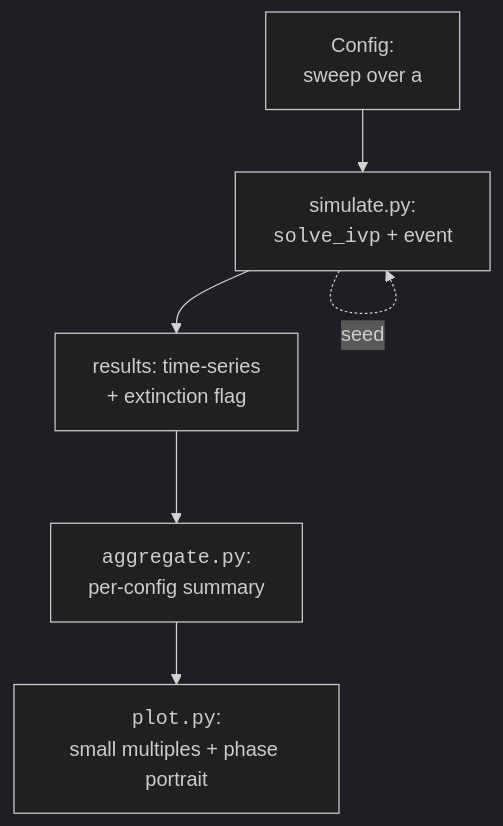
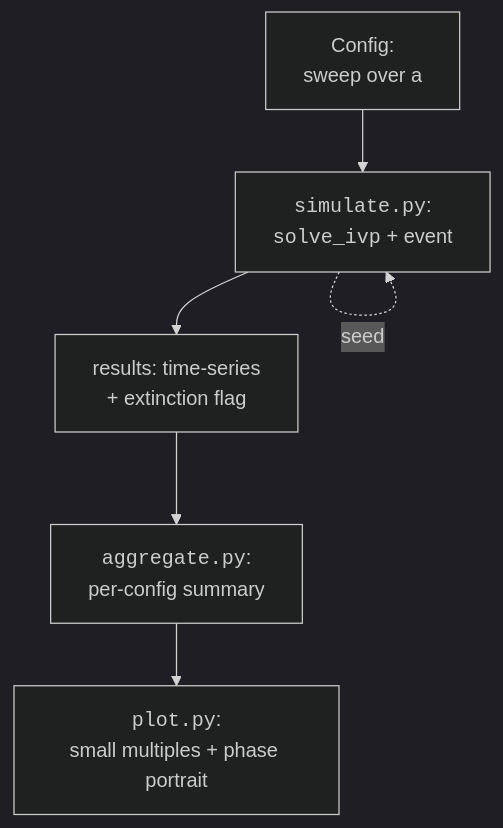
The diagram in content/courses/scientific-computing-python/capstone-simulation.mdx (dataslope/dataslope), drawn with Mermaid (dark theme) before and after one commit. The commit also changed 65 other files, not shown here.

First line of the commit message:
Set code in every mermaid label in the mono face

````diff
--- a/content/courses/scientific-computing-python/capstone-simulation.mdx
+++ b/content/courses/scientific-computing-python/capstone-simulation.mdx
@@ -46,8 +46,8 @@
 ```mermaid
 flowchart TD
-    Cfg[Config:<br/>sweep over a] --> Sim["simulate.py:<br/><code>solve_ivp</code> + event"]
+    Cfg[Config:<br/>sweep over a] --> Sim["<code>simulate.py</code>:<br/><code>solve_ivp</code> + event"]
     Sim --> Res[results: time-series<br/>+ extinction flag]
     Res --> Agg["<code>aggregate.py</code>:<br/>per-config summary"]
     Agg --> Viz["<code>plot.py</code>:<br/>small multiples + phase portrait"]
     Sim -. seed .-> Sim
 ```
````
